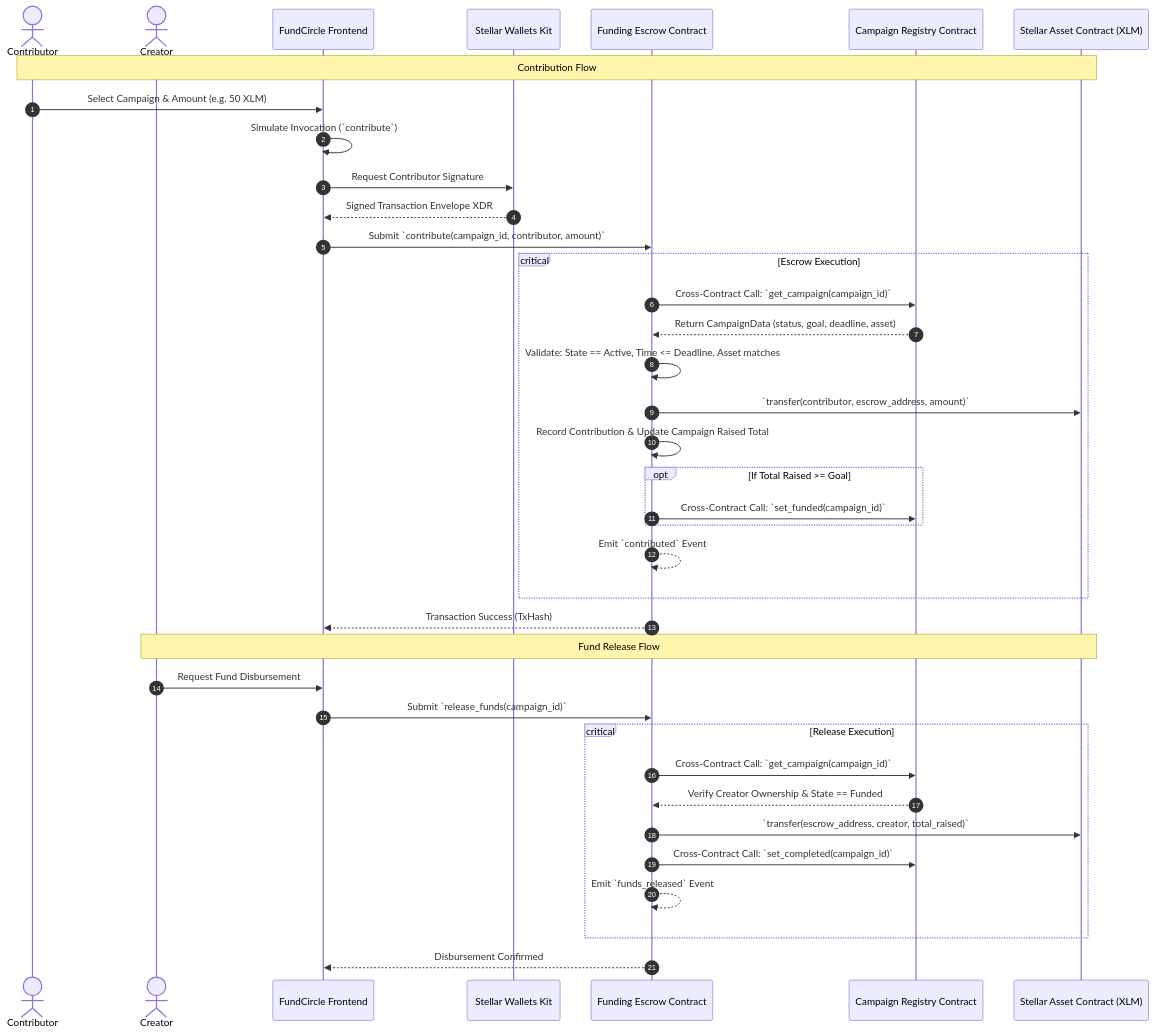
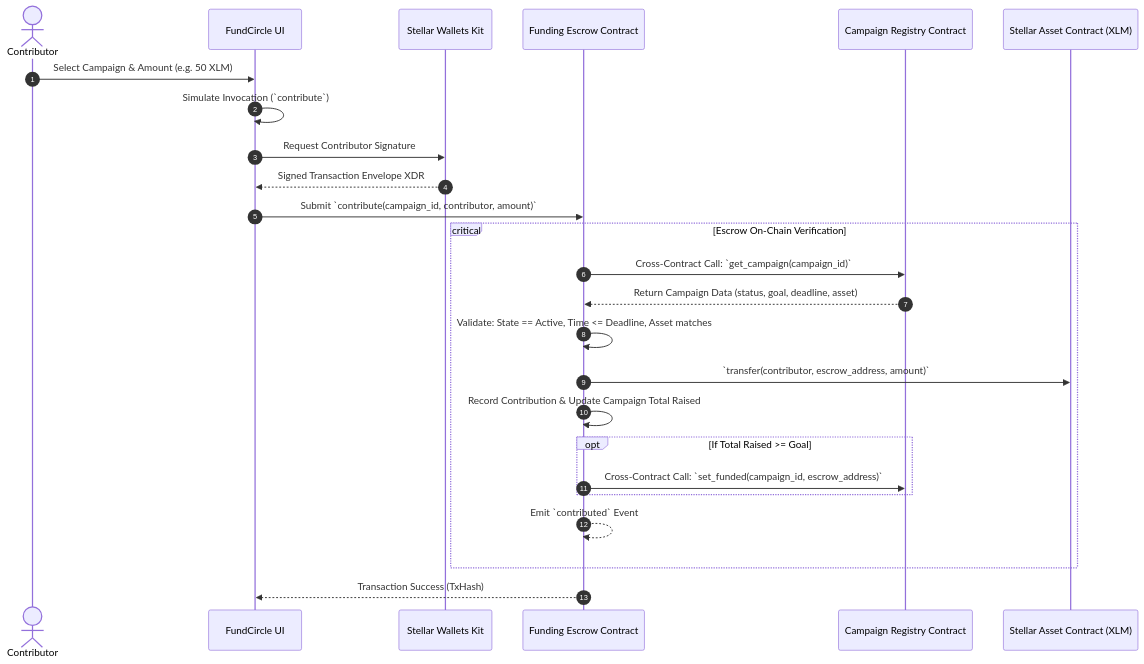
Before and after one commit to sanchayanghosh07/FundCircle: the third of 4 diagrams in docs/architecture.md, drawn with Mermaid. The commit also changed other lines of this file, not shown here.

Commit message:
chore: establish FundCircle architecture

````diff
--- a/docs/architecture.md
+++ b/docs/architecture.md
@@ -63,43 +69,29 @@
 ```mermaid
 sequenceDiagram
     autonumber
     actor Contributor
-    actor Creator
-    participant FE as FundCircle Frontend
+    participant FE as FundCircle UI
     participant Kit as Stellar Wallets Kit
     participant Escrow as Funding Escrow Contract
     participant Registry as Campaign Registry Contract
     participant Token as Stellar Asset Contract (XLM)
 
-    Note over Contributor, Token: Contribution Flow
     Contributor->>FE: Select Campaign & Amount (e.g. 50 XLM)
     FE->>FE: Simulate Invocation (`contribute`)
     FE->>Kit: Request Contributor Signature
     Kit-->>FE: Signed Transaction Envelope XDR
     FE->>Escrow: Submit `contribute(campaign_id, contributor, amount)`
     
-    critical Escrow Execution
+    critical Escrow On-Chain Verification
         Escrow->>Registry: Cross-Contract Call: `get_campaign(campaign_id)`
-        Registry-->>Escrow: Return CampaignData (status, goal, deadline, asset)
+        Registry-->>Escrow: Return Campaign Data (status, goal, deadline, asset)
         Escrow->>Escrow: Validate: State == Active, Time <= Deadline, Asset matches
         Escrow->>Token: `transfer(contributor, escrow_address, amount)`
-        Escrow->>Escrow: Record Contribution & Update Campaign Raised Total
+        Escrow->>Escrow: Record Contribution & Update Campaign Total Raised
         opt If Total Raised >= Goal
-            Escrow->>Registry: Cross-Contract Call: `set_funded(campaign_id)`
+            Escrow->>Registry: Cross-Contract Call: `set_funded(campaign_id, escrow_address)`
         end
         Escrow-->>Escrow: Emit `contributed` Event
     end
     Escrow-->>FE: Transaction Success (TxHash)
-
-    Note over Creator, Token: Fund Release Flow
-    Creator->>FE: Request Fund Disbursement
-    FE->>Escrow: Submit `release_funds(campaign_id)`
-    critical Release Execution
-        Escrow->>Registry: Cross-Contract Call: `get_campaign(campaign_id)`
-        Registry-->>Escrow: Verify Creator Ownership & State == Funded
-        Escrow->>Token: `transfer(escrow_address, creator, total_raised)`
-        Escrow->>Registry: Cross-Contract Call: `set_completed(campaign_id)`
-        Escrow-->>Escrow: Emit `funds_released` Event
-    end
-    Escrow-->>FE: Disbursement Confirmed
 ```
````
